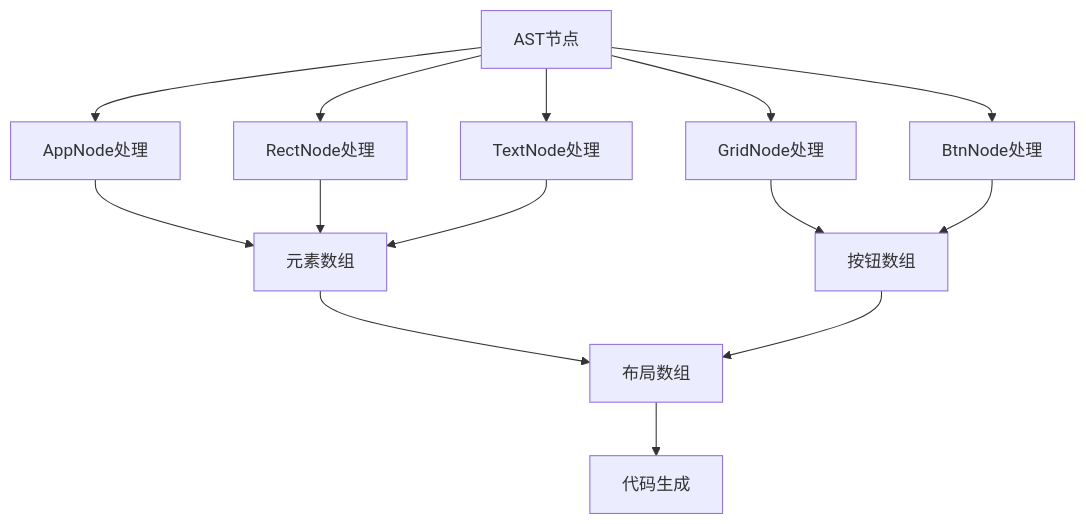
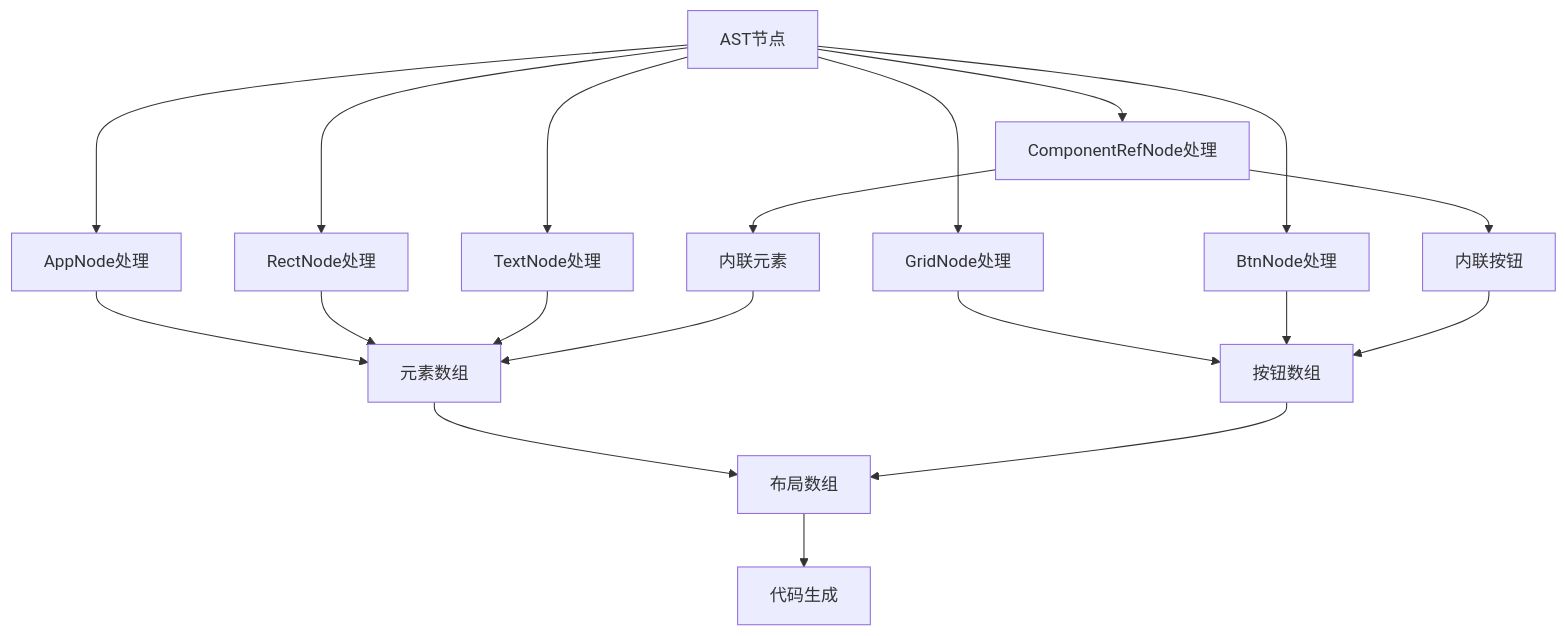
The sixth of 7 diagrams in .qoder/repowiki/zh/content/SFC编译器系统/AST节点定义.md (xingye00186/PHP-Data-UI-Framework-powered-by-swooleAOT), drawn with Mermaid before and after one commit. The commit also changed other lines of this file and 37 other files, not shown here.

````diff
--- a/.qoder/repowiki/zh/content/SFC编译器系统/AST节点定义.md
+++ b/.qoder/repowiki/zh/content/SFC编译器系统/AST节点定义.md
@@ -361,16 +425,21 @@
 ```mermaid
 flowchart TD
 AST_INPUT["AST节点"] --> APP_NODE["AppNode处理"]
 AST_INPUT --> RECT_NODE["RectNode处理"]
 AST_INPUT --> TEXT_NODE["TextNode处理"]
 AST_INPUT --> GRID_NODE["GridNode处理"]
 AST_INPUT --> BTN_NODE["BtnNode处理"]
+AST_INPUT --> COMPONENT_REF["ComponentRefNode处理"]
 APP_NODE --> ELEMENTS["元素数组"]
 RECT_NODE --> ELEMENTS
 TEXT_NODE --> ELEMENTS
 GRID_NODE --> BUTTONS["按钮数组"]
 BTN_NODE --> BUTTONS
+COMPONENT_REF --> INLINE_ELEMENTS["内联元素"]
+COMPONENT_REF --> INLINE_BUTTONS["内联按钮"]
+INLINE_ELEMENTS --> ELEMENTS
+INLINE_BUTTONS --> BUTTONS
 ELEMENTS --> LAYOUT_ARRAY["布局数组"]
 BUTTONS --> LAYOUT_ARRAY
 LAYOUT_ARRAY --> CODE_GEN["代码生成"]
 ```
````
